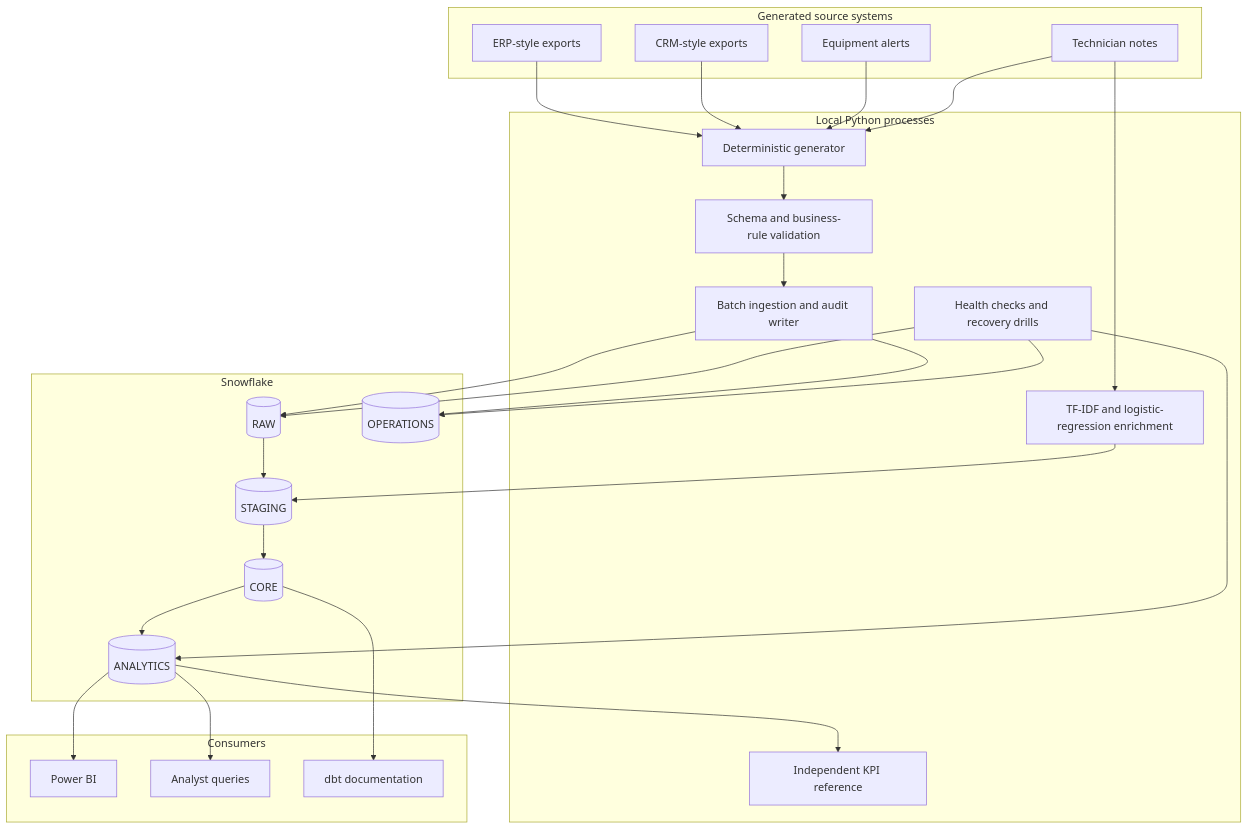
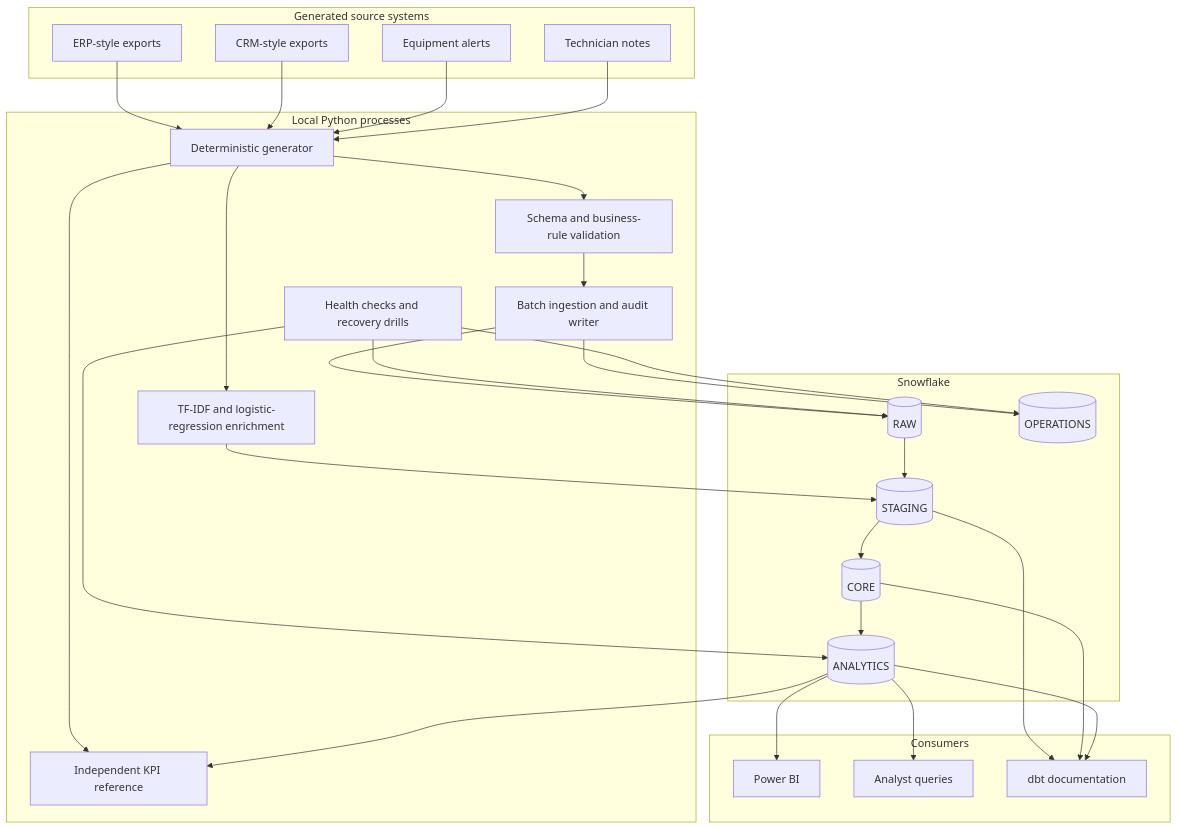
One commit to sakthi-kr/industrial-service-data-platform changed the diagram in docs/architecture.md. Above: the diagram before and after it, drawn with Mermaid. The commit also changed other lines of this file and 15 other files, not shown here.

````diff
--- a/docs/architecture.md
+++ b/docs/architecture.md
@@ -9,48 +9,55 @@
 ```mermaid
 flowchart TB
     subgraph Sources[Generated source systems]
         ERP[ERP-style exports]
         CRM[CRM-style exports]
         MON[Equipment alerts]
         NOTES[Technician notes]
     end
 
     subgraph Local[Local Python processes]
         GEN[Deterministic generator]
         PREP[Schema and business-rule validation]
         LOAD[Batch ingestion and audit writer]
         REF[Independent KPI reference]
         MODEL[TF-IDF and logistic-regression enrichment]
         HEALTH[Health checks and recovery drills]
     end
 
     subgraph Snowflake[Snowflake]
         RAW[(RAW)]
         STAGING[(STAGING)]
         CORE[(CORE)]
         ANALYTICS[(ANALYTICS)]
         OPERATIONS[(OPERATIONS)]
     end
 
     subgraph Consumers[Consumers]
         PBI[Power BI]
         ANALYST[Analyst queries]
         DOCS[dbt documentation]
     end
 
     ERP --> GEN
     CRM --> GEN
     MON --> GEN
     NOTES --> GEN
+
     GEN --> PREP --> LOAD --> RAW
     LOAD --> OPERATIONS
     RAW --> STAGING --> CORE --> ANALYTICS
-    NOTES --> MODEL --> STAGING
+
+    GEN --> MODEL --> STAGING
+    GEN --> REF
     ANALYTICS --> REF
+
     ANALYTICS --> PBI
     ANALYTICS --> ANALYST
+    STAGING --> DOCS
     CORE --> DOCS
+    ANALYTICS --> DOCS
+
     HEALTH --> OPERATIONS
     HEALTH --> RAW
     HEALTH --> ANALYTICS
 ```
````
